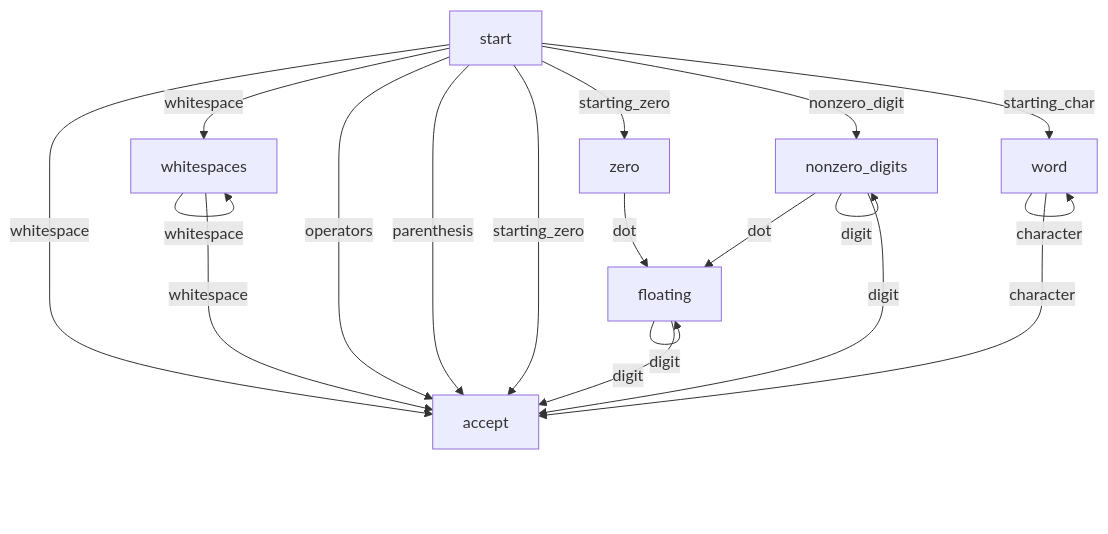
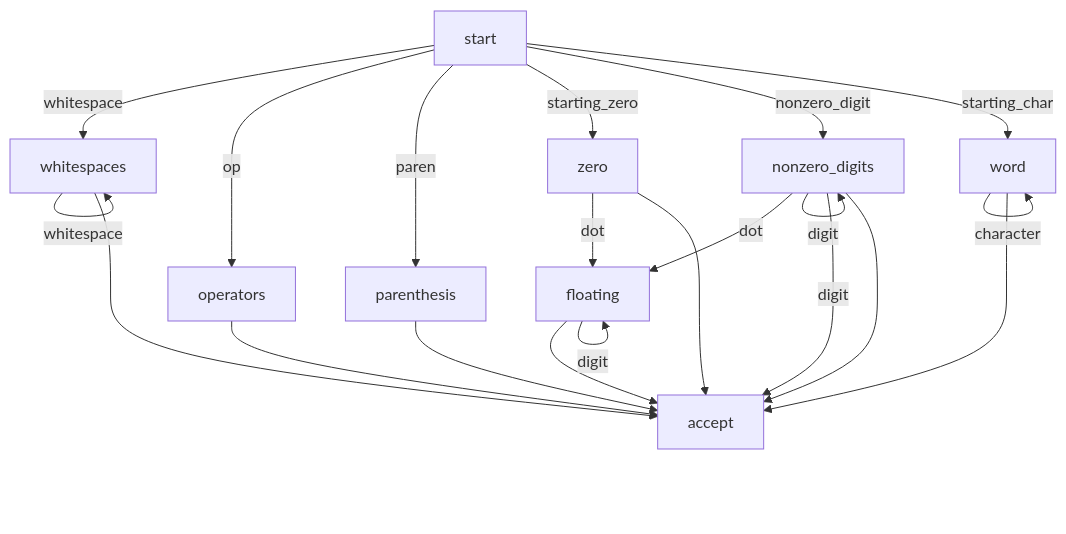
The diagram in token.md (harimseong/CLI_calculator), drawn with Mermaid before and after one commit. The commit also changed other lines of this file and 1 other file, not shown here.

Commit message:
working on FSM

````diff
--- a/token.md
+++ b/token.md
@@ -43,22 +44,23 @@
 ```mermaid
 graph TD;
-    start -- whitespace --> accept
     start -- whitespace --> whitespaces
-    start -- operators --> accept
-    start -- parenthesis --> accept
-    start -- starting_zero --> accept
+    start -- op --> operators
+    start -- paren --> parenthesis
     start -- starting_zero --> zero
     start -- nonzero_digit --> nonzero_digits
     start -- starting_char --> word
     whitespaces -- whitespace --> whitespaces
-    whitespaces -- whitespace --> accept
     zero -- dot --> floating
     nonzero_digits -- dot --> floating
     nonzero_digits -- digit --> nonzero_digits
     nonzero_digits -- digit --> accept
     floating -- digit --> floating
-    floating -- digit --> accept
     word -- character --> word
-    word -- character --> accept
-
+    whitespaces --> accept
+    operators --> accept
+    parenthesis --> accept
+    zero --> accept
+    nonzero_digits --> accept
+    floating --> accept
+    word --> accept
 ```
````
